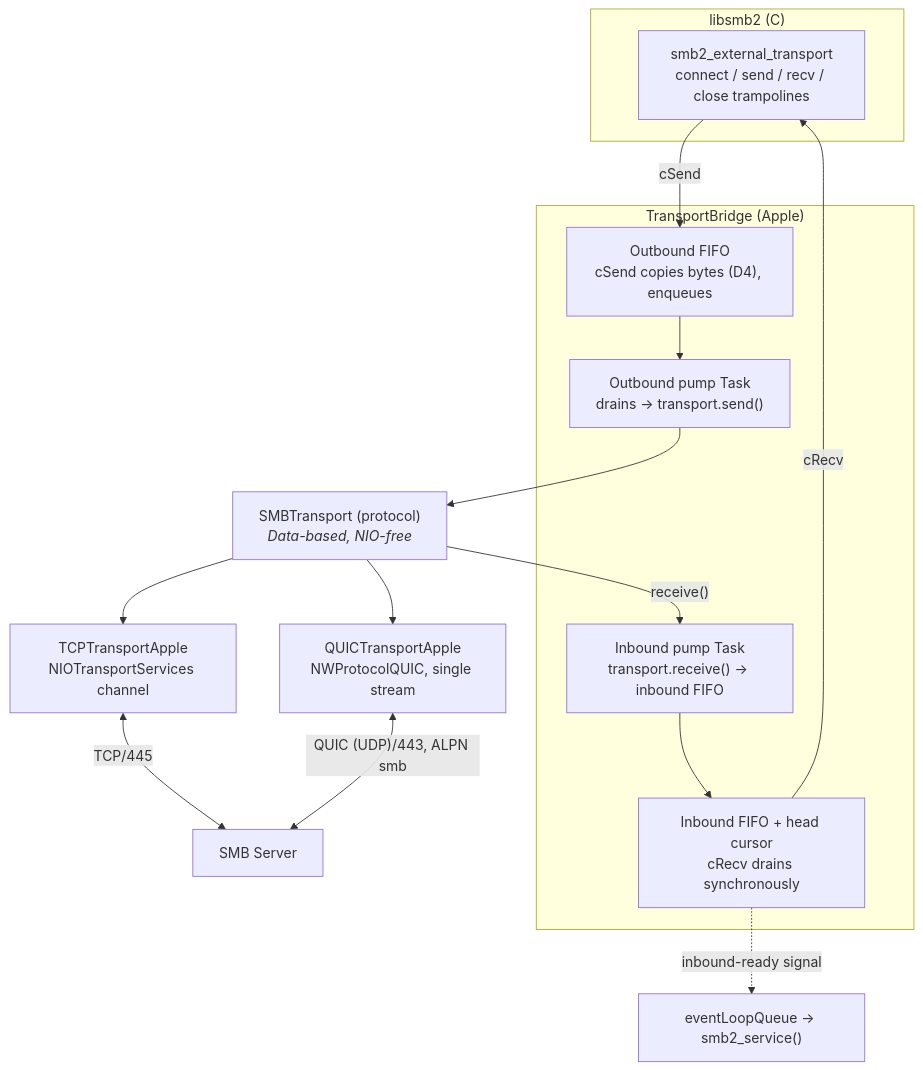
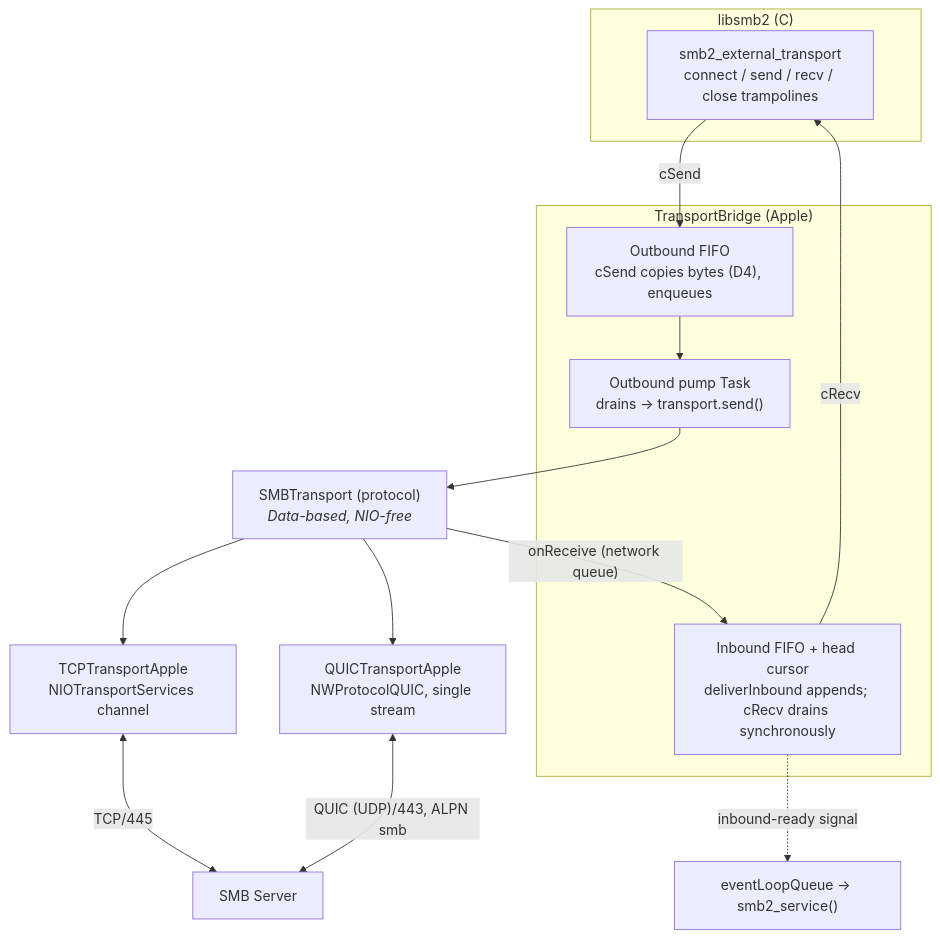
One commit to simplekube-ro/AMSMB2 changed the fifth of 7 diagrams in docs/ARCHITECTURE.md. Above: the diagram before and after it, drawn with Mermaid. The commit also changed other lines of this file and 33 other files, not shown here.

````diff
--- a/docs/ARCHITECTURE.md
+++ b/docs/ARCHITECTURE.md
@@ -207,24 +207,23 @@
 ```mermaid
 flowchart TB
     subgraph libsmb2["libsmb2 (C)"]
         EXT["smb2_external_transport<br/>connect / send / recv / close trampolines"]
     end
     subgraph bridge["TransportBridge (Apple)"]
         OUT["Outbound FIFO<br/>cSend copies bytes (D4), enqueues"]
         OPUMP["Outbound pump Task<br/>drains → transport.send()"]
-        IPUMP["Inbound pump Task<br/>transport.receive() → inbound FIFO"]
-        IN["Inbound FIFO + head cursor<br/>cRecv drains synchronously"]
+        IN["Inbound FIFO + head cursor<br/>deliverInbound appends; cRecv drains synchronously"]
     end
     Proto["SMBTransport (protocol)<br/><i>Data-based, NIO-free</i>"]
     TCP["TCPTransportApple<br/>NIOTransportServices channel"]
     QUIC["QUICTransportApple<br/>NWProtocolQUIC, single stream"]
     Server["SMB Server"]
 
     EXT -->|"cSend"| OUT --> OPUMP --> Proto
-    Proto -->|"receive()"| IPUMP --> IN -->|"cRecv"| EXT
+    Proto -->|"onReceive (network queue)"| IN -->|"cRecv"| EXT
     Proto --> TCP
     Proto --> QUIC
     TCP <-->|"TCP/445"| Server
     QUIC <-->|"QUIC (UDP)/443, ALPN smb"| Server
     IN -.->|"inbound-ready signal"| SVC["eventLoopQueue → smb2_service()"]
 ```
````
